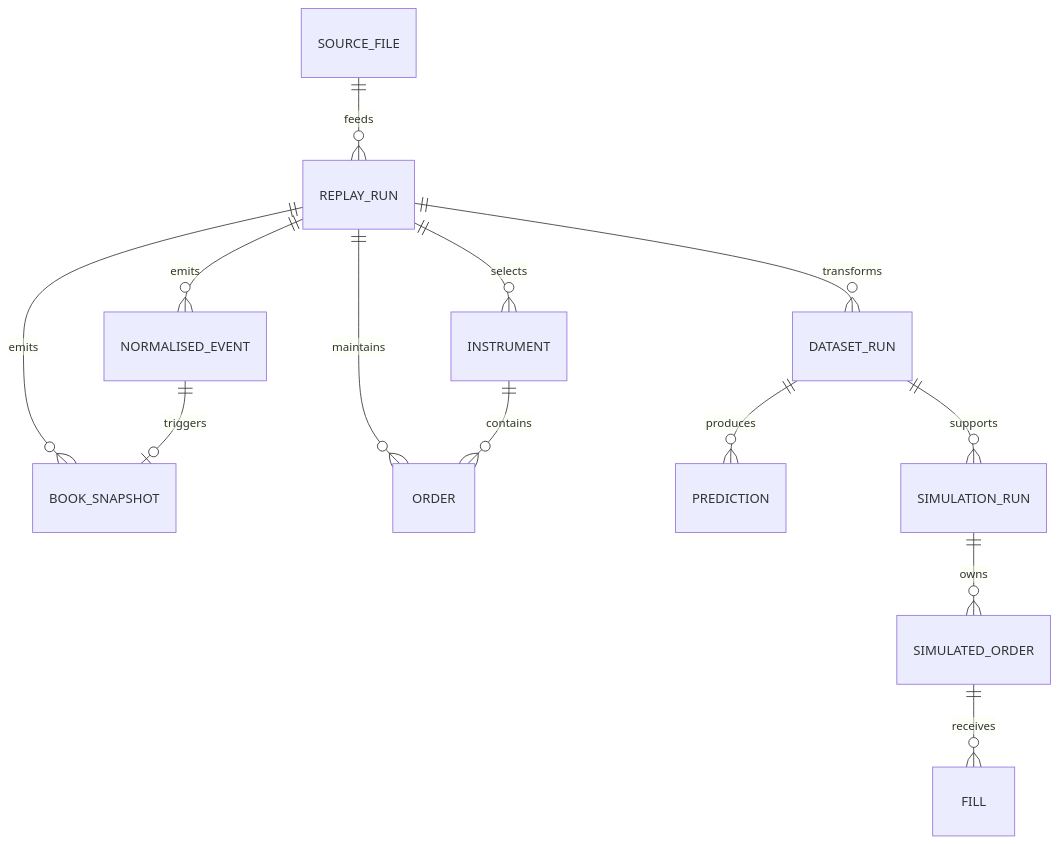
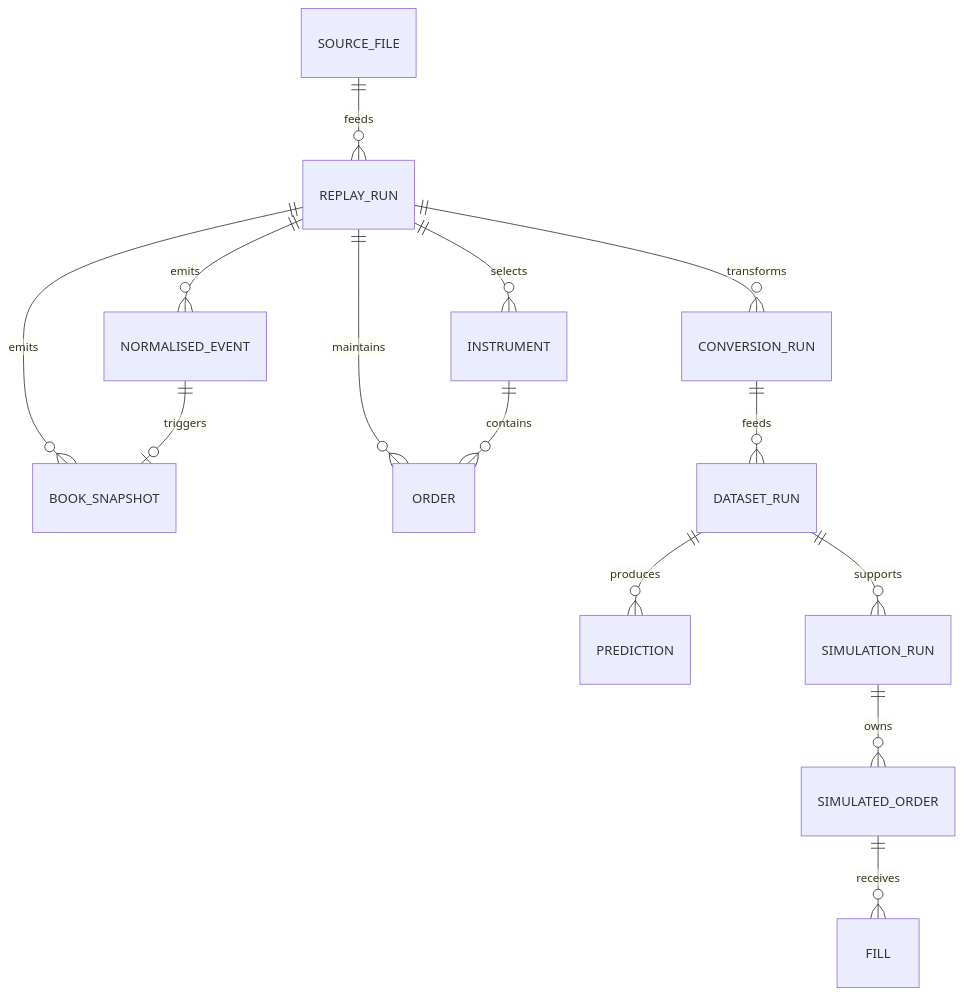
The diagram in docs/04-data-model.md (Jenson7987/ITCH-Lab), drawn with Mermaid before and after one commit. The commit also changed other lines of this file and 34 other files, not shown here.

````diff
--- a/docs/04-data-model.md
+++ b/docs/04-data-model.md
@@ -38,15 +38,16 @@
 ```mermaid
 erDiagram
     SOURCE_FILE ||--o{ REPLAY_RUN : feeds
     REPLAY_RUN ||--o{ INSTRUMENT : selects
     REPLAY_RUN ||--o{ NORMALISED_EVENT : emits
     REPLAY_RUN ||--o{ BOOK_SNAPSHOT : emits
     REPLAY_RUN ||--o{ ORDER : maintains
     INSTRUMENT ||--o{ ORDER : contains
     NORMALISED_EVENT ||--o| BOOK_SNAPSHOT : triggers
-    REPLAY_RUN ||--o{ DATASET_RUN : transforms
+    REPLAY_RUN ||--o{ CONVERSION_RUN : transforms
+    CONVERSION_RUN ||--o{ DATASET_RUN : feeds
     DATASET_RUN ||--o{ PREDICTION : produces
     DATASET_RUN ||--o{ SIMULATION_RUN : supports
     SIMULATION_RUN ||--o{ SIMULATED_ORDER : owns
     SIMULATED_ORDER ||--o{ FILL : receives
 ```
````
